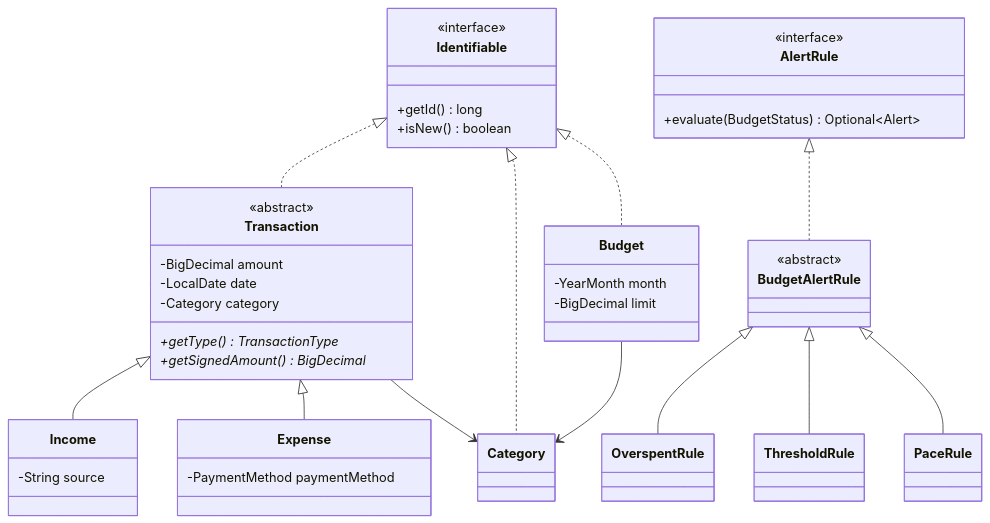
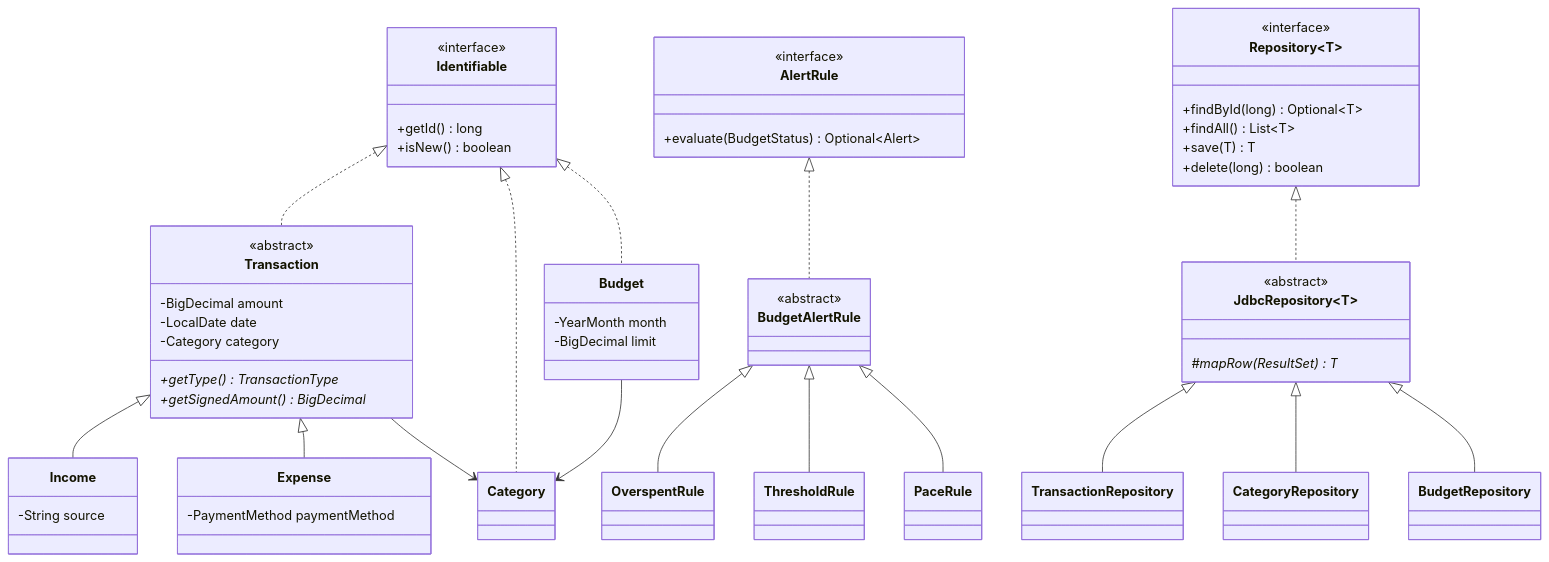
The diagram in README.md (yash-jha-888/FinSight), drawn with Mermaid before and after one commit. The commit also changed other lines of this file, not shown here.

````diff
--- a/README.md
+++ b/README.md
@@ -48,45 +72,60 @@
 ```mermaid
 classDiagram
     class Identifiable {
         <<interface>>
         +getId() long
         +isNew() boolean
     }
     class Transaction {
         <<abstract>>
         -BigDecimal amount
         -LocalDate date
         -Category category
         +getType()* TransactionType
         +getSignedAmount()* BigDecimal
     }
     class Income {
         -String source
     }
     class Expense {
         -PaymentMethod paymentMethod
     }
     class Category
     class Budget {
         -YearMonth month
         -BigDecimal limit
     }
     class AlertRule {
         <<interface>>
         +evaluate(BudgetStatus) Optional~Alert~
     }
     class BudgetAlertRule {
         <<abstract>>
     }
+    class Repository~T~ {
+        <<interface>>
+        +findById(long) Optional~T~
+        +findAll() List~T~
+        +save(T) T
+        +delete(long) boolean
+    }
+    class JdbcRepository~T~ {
+        <<abstract>>
+        #mapRow(ResultSet)* T
+    }
     Identifiable <|.. Transaction
     Identifiable <|.. Category
     Identifiable <|.. Budget
     Transaction <|-- Income
     Transaction <|-- Expense
     Transaction --> Category
     Budget --> Category
     AlertRule <|.. BudgetAlertRule
     BudgetAlertRule <|-- OverspentRule
     BudgetAlertRule <|-- ThresholdRule
     BudgetAlertRule <|-- PaceRule
+    Repository <|.. JdbcRepository
+    JdbcRepository <|-- TransactionRepository
+    JdbcRepository <|-- CategoryRepository
+    JdbcRepository <|-- BudgetRepository
 ```
````
